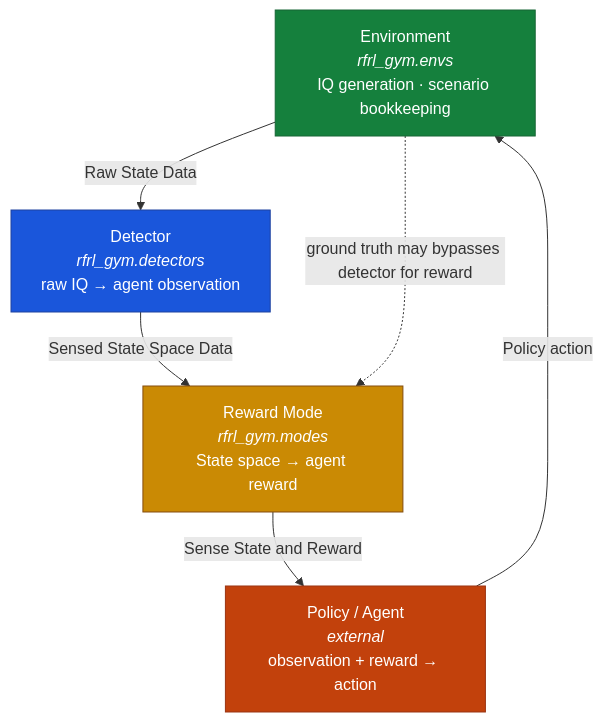
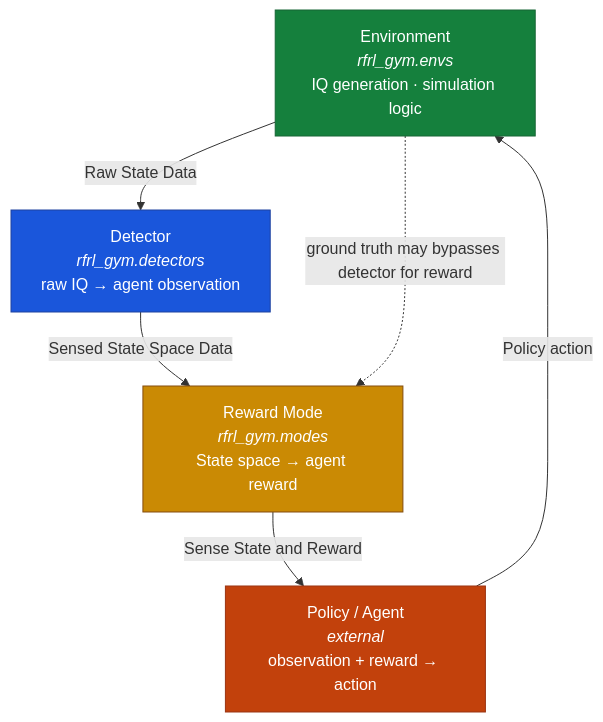
The diagram in rfrl-gym-docs/docs/api_intro.md (SLeathersII/rfrl), drawn with Mermaid before and after one commit.

Commit message:
Modify mermaid diagram in api_intro.md
Updated the mermaid diagram for the API introduction.

````diff
--- a/rfrl-gym-docs/docs/api_intro.md
+++ b/rfrl-gym-docs/docs/api_intro.md
@@ -35,18 +35,18 @@
 ```mermaid
 graph TD
-    A["Environment<br/><i>rfrl_gym.envs</i><br/>IQ generation · scenario bookkeeping"]
+    A["Environment<br/><i>rfrl_gym.envs</i><br/>IQ generation · simulation logic"]
     B["Detector<br/><i>rfrl_gym.detectors</i><br/>raw IQ → agent observation"]
     C["Reward Mode<br/><i>rfrl_gym.modes</i><br/>State space → agent reward"]
     D["Policy / Agent<br/><i>external</i><br/>observation + reward → action"]
 
     A -->|Raw State Data| B
     B -->|Sensed State Space Data| C
     C -->|Sense State and Reward| D
     D -->|Policy action| A
     A -. "ground truth may bypasses detector for reward" .-> C
 
     style A fill:#15803d,stroke:#166534,color:#fff 
     style B fill:#1a56db,stroke:#1e429f,color:#fff 
     style C fill:#ca8a04,stroke:#854d0e,color:#fff
     style D fill:#c2410c,stroke:#9a3412,color:#fff 
 ```
````
